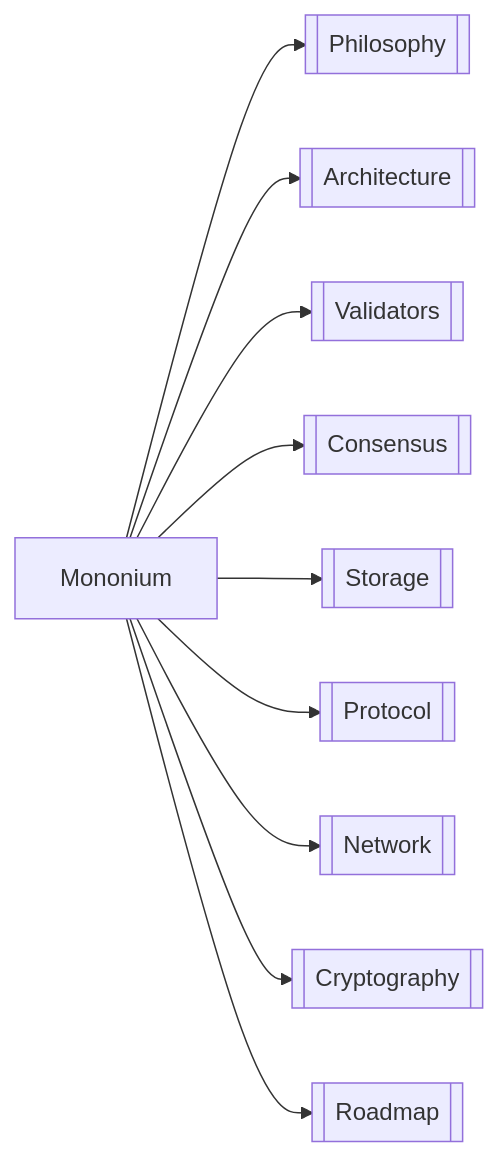
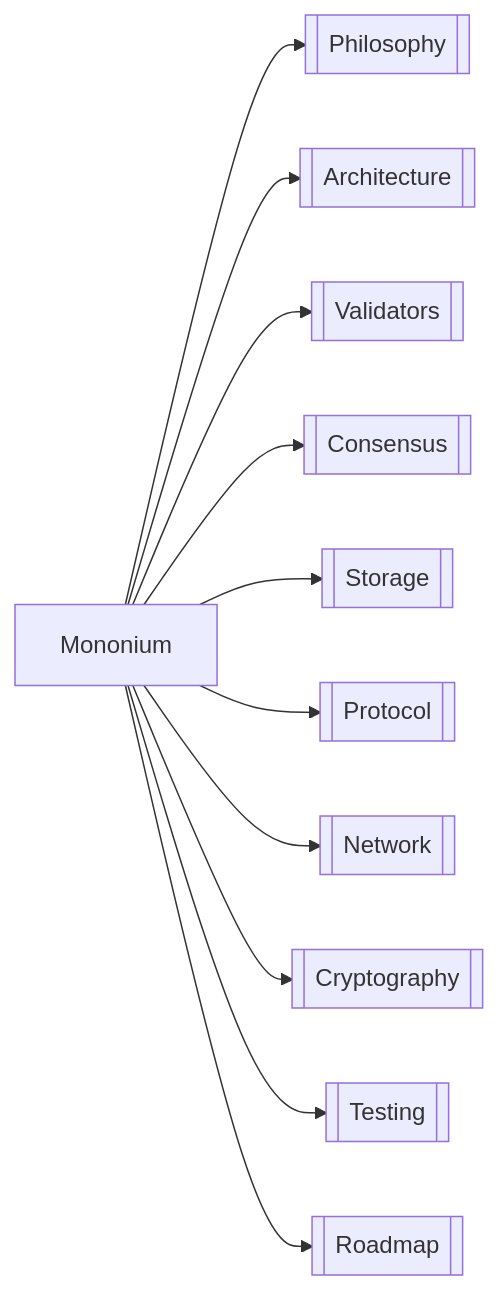
Before and after one commit to Monbuticloud/mononium: the diagram in docs/plans/V0.2.0/Mainflow.md, drawn with Mermaid. The commit also changed other lines of this file and 11 other files, not shown here.

````diff
--- a/docs/plans/V0.2.0/Mainflow.md
+++ b/docs/plans/V0.2.0/Mainflow.md
@@ -9,12 +9,13 @@
 ```mermaid
 graph LR
     A[Mononium] --> B[[Philosophy]]
     A --> C[[Architecture]]
     A --> D[[Validators]]
     A --> E[[Consensus]]
     A --> F[[Storage]]
     A --> G[[Protocol]]
     A --> H[[Network]]
     A --> I[[Cryptography]]
-    A --> J[[Roadmap]]
+    A --> J[[Testing]]
+    A --> K[[Roadmap]]
 ```
````
